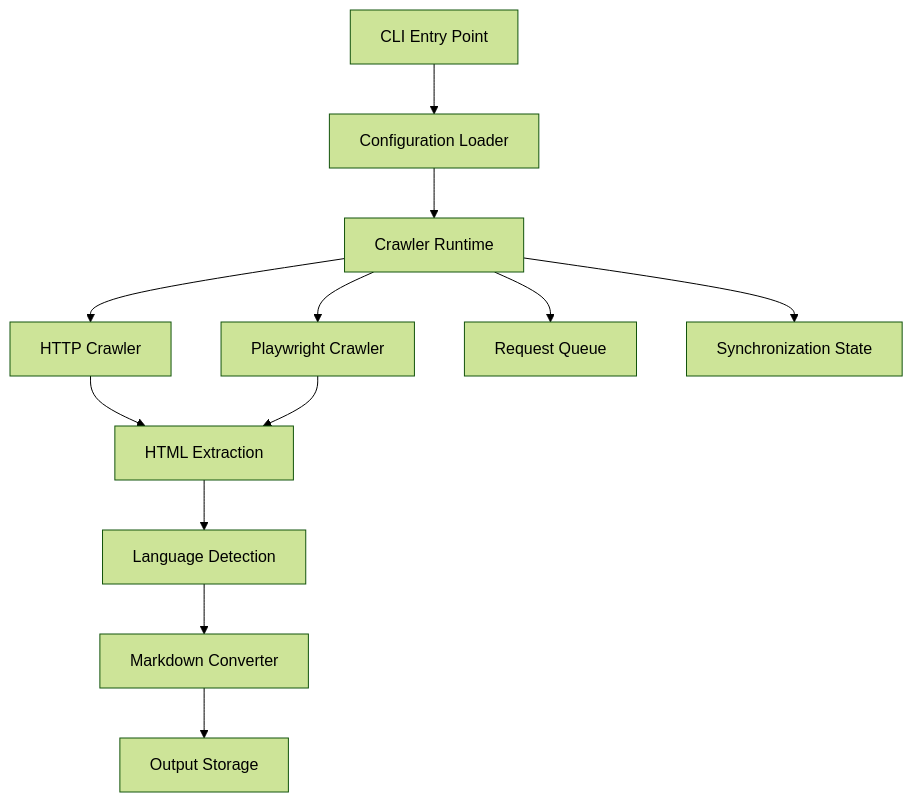
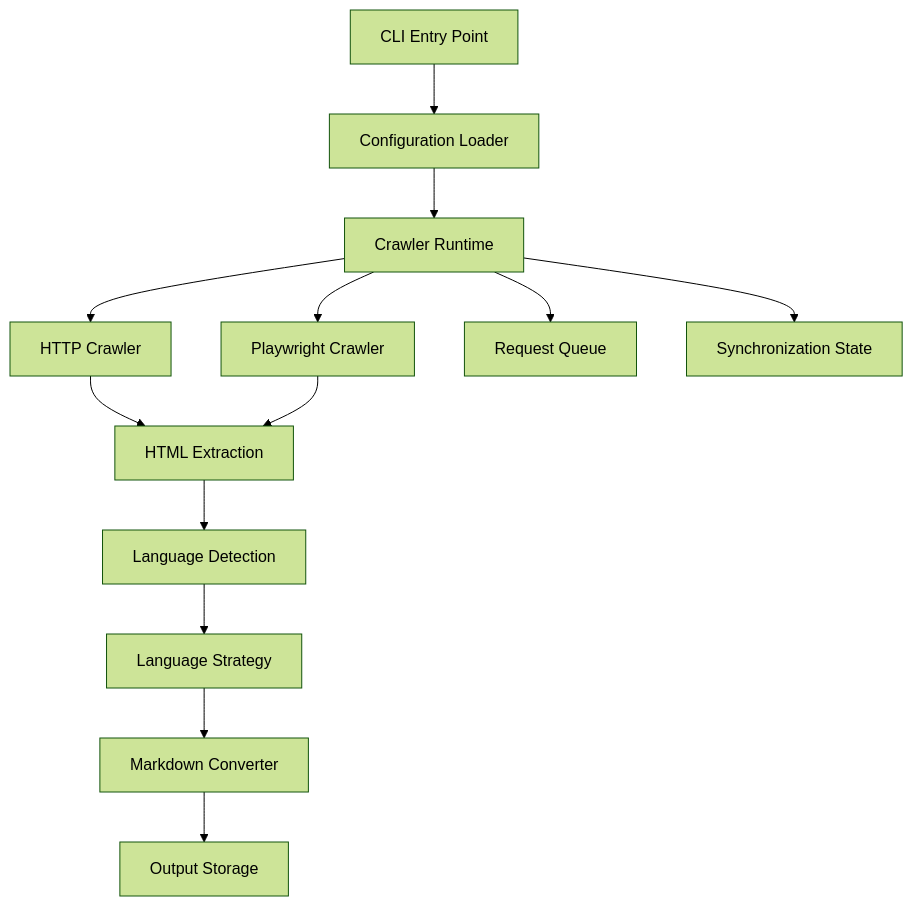
One commit to orioninsist/docsync changed the diagram in README.md. Above: the diagram before and after it, drawn with Mermaid (forest theme). The commit also changed other lines of this file, not shown here.

`````diff
--- a/README.md
+++ b/README.md
@@ -42,23 +117,29 @@
 ```mermaid
 flowchart TD
 
-A[CLI Entry Point] --> B[Configuration Loader]
+A[CLI Entry Point]
+
+A --> B[Configuration Loader]
 
 B --> C[Crawler Runtime]
 
 C --> D[HTTP Crawler]
+
 C --> E[Playwright Crawler]
 
 D --> F[HTML Extraction]
-E --> F[HTML Extraction]
+
+E --> F
 
 F --> G[Language Detection]
 
-G --> H[Markdown Converter]
+G --> H[Language Strategy]
 
-H --> I[Output Storage]
+H --> I[Markdown Converter]
 
-C --> J[Request Queue]
+I --> J[Output Storage]
 
-C --> K[Synchronization State]
-```
+C --> K[Request Queue]
+
+C --> L[Synchronization State]
+````
`````
